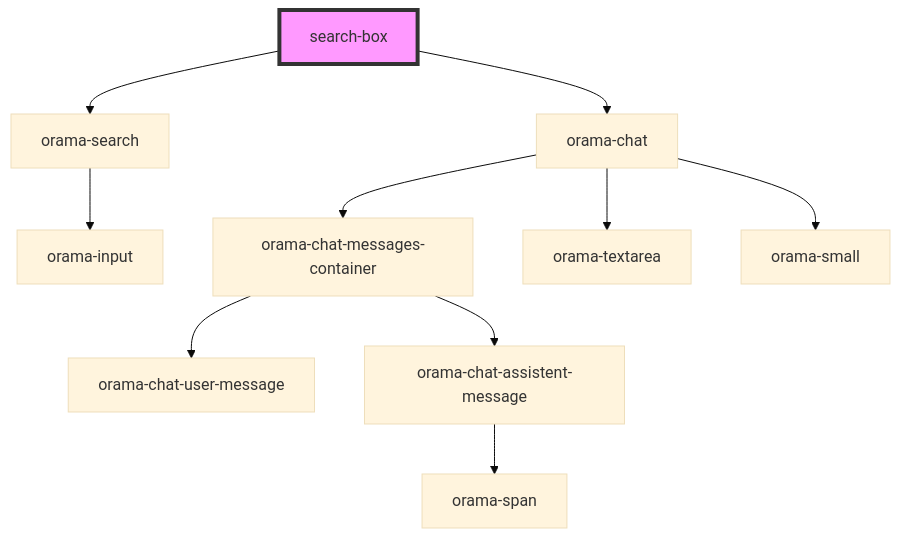
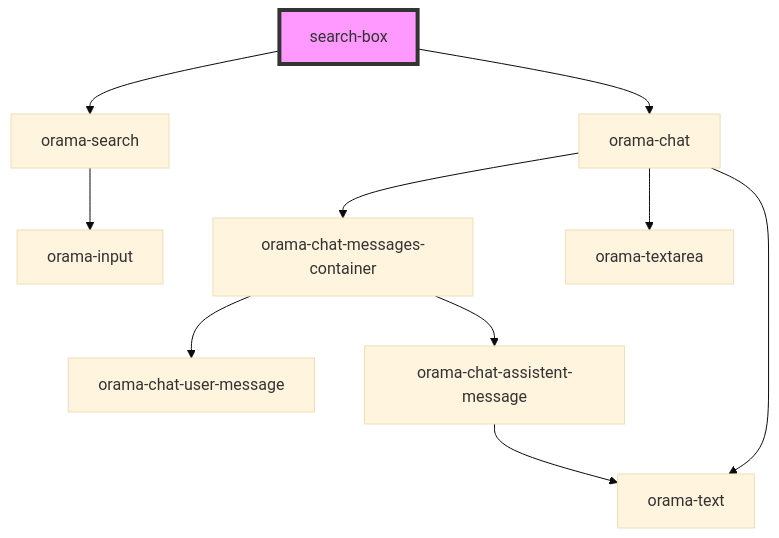
The diagram in packages/ui-stencil/src/components/search-box/readme.md (askorama/orama-ui-components), drawn with Mermaid (base theme) before and after one commit. The commit also changed other lines of this file and 26 other files, not shown here.

Commit message:
refactor: orama-text and naming convention

````diff
--- a/packages/ui-stencil/src/components/search-box/readme.md
+++ b/packages/ui-stencil/src/components/search-box/readme.md
@@ -25,13 +23,13 @@
 ```mermaid
 graph TD;
   search-box --> orama-search
   search-box --> orama-chat
   orama-search --> orama-input
   orama-chat --> orama-chat-messages-container
   orama-chat --> orama-textarea
-  orama-chat --> orama-small
+  orama-chat --> orama-text
   orama-chat-messages-container --> orama-chat-user-message
   orama-chat-messages-container --> orama-chat-assistent-message
-  orama-chat-assistent-message --> orama-span
+  orama-chat-assistent-message --> orama-text
   style search-box fill:#f9f,stroke:#333,stroke-width:4px
 ```
````
